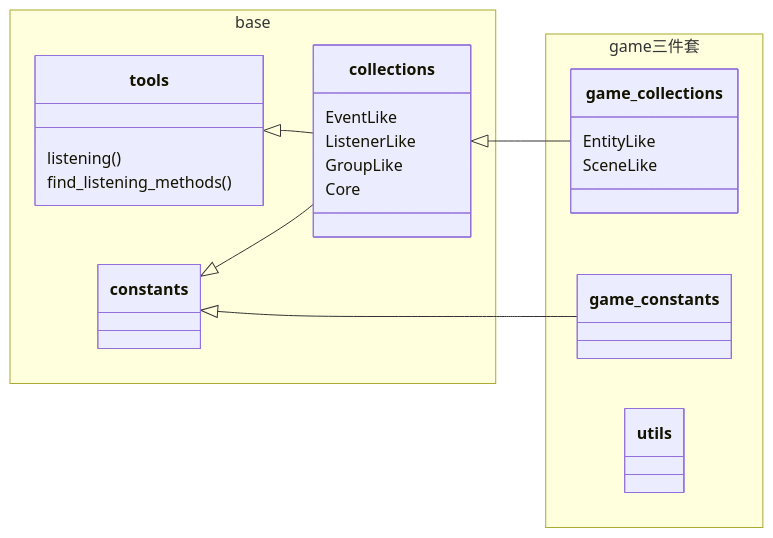
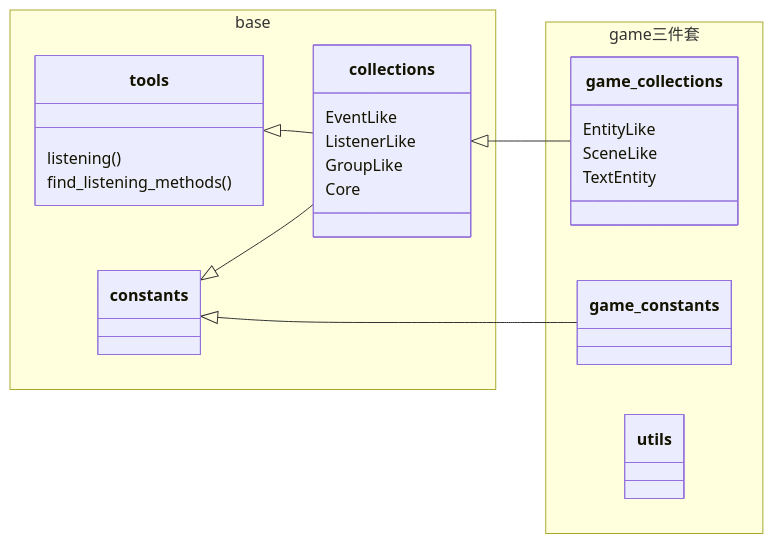
Before and after one commit to teafrogsf/SI100B_DIE_Fall_2024_Repo: the first of 4 diagrams in baseline/README.md, drawn with Mermaid. The commit also changed other lines of this file and 7 other files, not shown here.

````diff
--- a/baseline/README.md
+++ b/baseline/README.md
@@ -52,33 +77,34 @@
 ```mermaid
 classDiagram
 direction LR
 namespace base {
 	class tools{
 		listening()
 		find_listening_methods()
 	}
 	class constants
 	class collections{
 		EventLike
 		ListenerLike
 		GroupLike
 		Core
 	}
 }
 
 constants <|-- collections
 tools <|-- collections
 
 
 namespace game三件套 {
 class game_collections{
 	EntityLike
 	SceneLike
+	TextEntity
 }
 class game_constants
 class utils
 }
 
 constants <|-- game_constants
 collections <|-- game_collections
 ```
````
